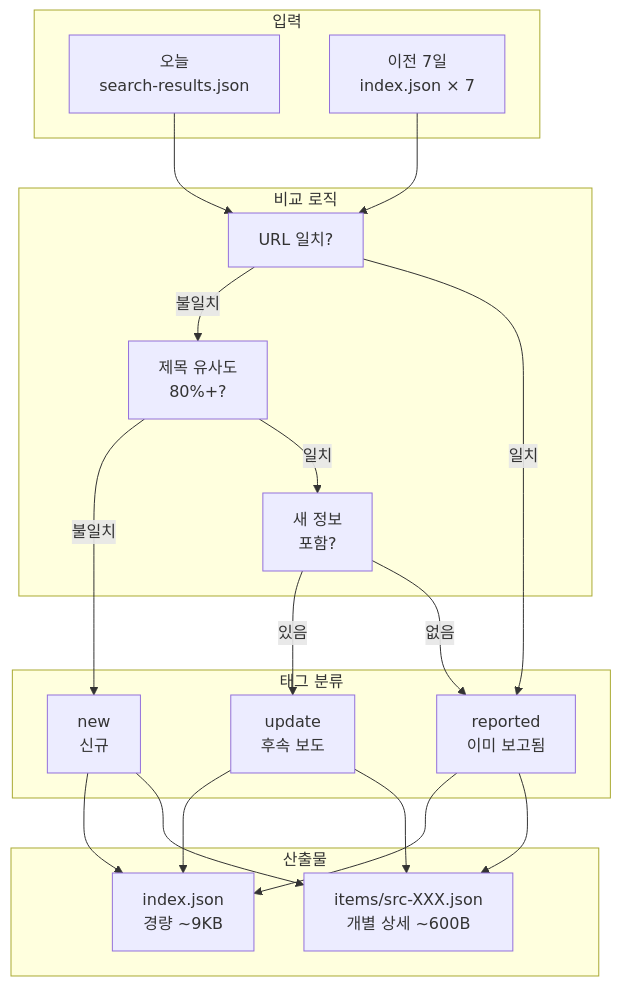
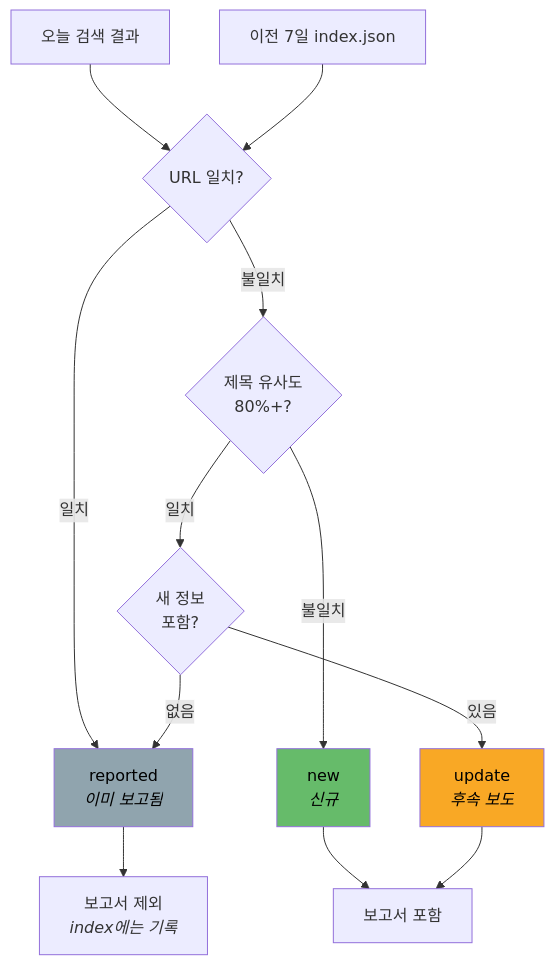
One commit to aifactory-team/north-korean-nuclear-activities changed the fourth of 5 diagrams in README.md. Above: the diagram before and after it, drawn with Mermaid. The commit also changed other lines of this file, not shown here.

First line of the commit message:
docs: comprehensive README with agent/skill/workflow architecture

````diff
--- a/README.md
+++ b/README.md
@@ -139,40 +223,23 @@
 ```mermaid
 flowchart TB
-    subgraph input["입력"]
-        TODAY["오늘<br/>search-results.json"]
-        PREV["이전 7일<br/>index.json × 7"]
-    end
+    TODAY["오늘 검색 결과"]
+    PREV["이전 7일 index.json"]
 
-    subgraph compare["비교 로직"]
-        URL["URL 일치?"]
-        TITLE["제목 유사도<br/>80%+?"]
-        NEWINFO["새 정보<br/>포함?"]
-    end
+    TODAY --> URL{"URL 일치?"}
+    PREV --> URL
 
-    subgraph tags["태그 분류"]
-        NEW["new<br/>신규"]
-        REPORTED["reported<br/>이미 보고됨"]
-        UPDATE["update<br/>후속 보도"]
-    end
-
-    subgraph output2["산출물"]
-        IDX2["index.json<br/>경량 ~9KB"]
-        ITEMS2["items/src-XXX.json<br/>개별 상세 ~600B"]
-    end
-
-    TODAY --> URL
-    PREV --> URL
-    URL -- 불일치 --> TITLE
-    URL -- 일치 --> REPORTED
-    TITLE -- 불일치 --> NEW
-    TITLE -- 일치 --> NEWINFO
-    NEWINFO -- 있음 --> UPDATE
+    URL -- 일치 --> REPORTED["reported<br/><i>이미 보고됨</i>"]
+    URL -- 불일치 --> TITLE{"제목 유사도<br/>80%+?"}
+    TITLE -- 일치 --> NEWINFO{"새 정보<br/>포함?"}
+    TITLE -- 불일치 --> NEW["new<br/><i>신규</i>"]
+    NEWINFO -- 있음 --> UPDATE["update<br/><i>후속 보도</i>"]
     NEWINFO -- 없음 --> REPORTED
 
-    NEW --> IDX2
-    REPORTED --> IDX2
-    UPDATE --> IDX2
-    NEW --> ITEMS2
-    REPORTED --> ITEMS2
-    UPDATE --> ITEMS2
+    NEW --> INCLUDE["보고서 포함"]
+    UPDATE --> INCLUDE
+    REPORTED --> EXCLUDE["보고서 제외<br/><i>index에는 기록</i>"]
+
+    style NEW fill:#66bb6a,color:#000
+    style UPDATE fill:#f9a825,color:#000
+    style REPORTED fill:#90a4ae,color:#000
 ```
````
